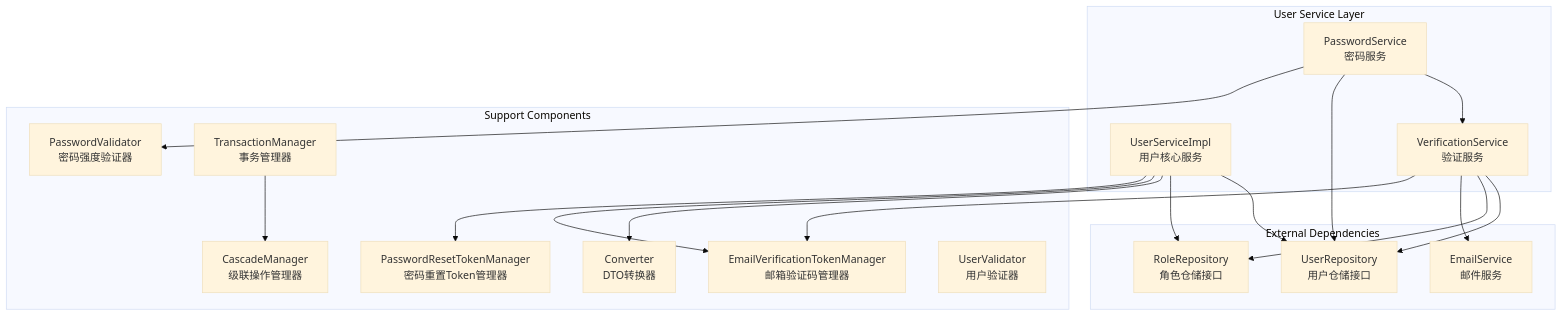
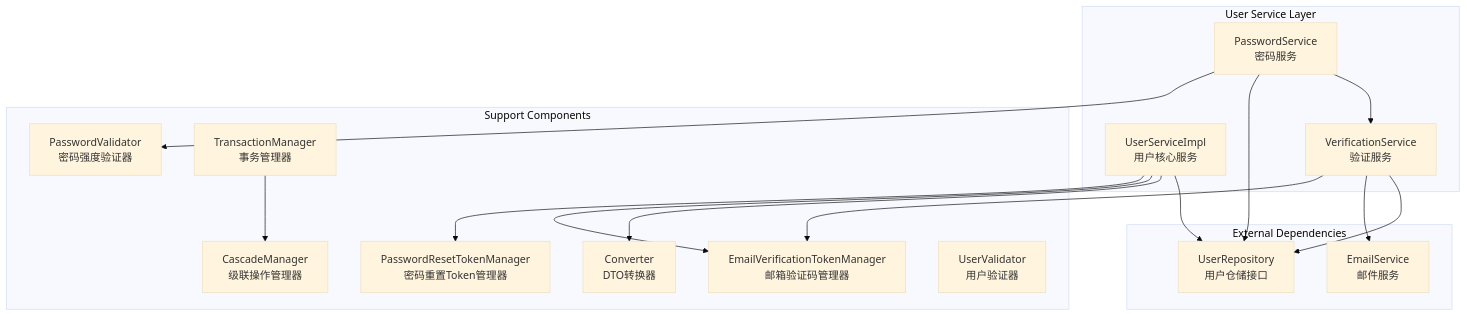
One commit to yukin371/Qingyu_backend changed the first of 4 diagrams in service/user/README.md. Above: the diagram before and after it, drawn with Mermaid (base theme). The commit also changed other lines of this file and 5 other files, not shown here.

````diff
--- a/service/user/README.md
+++ b/service/user/README.md
@@ -9,45 +9,42 @@
 ```mermaid
 graph TB
     subgraph "User Service Layer"
         UserService["UserServiceImpl<br/>用户核心服务"]
         PasswordService["PasswordService<br/>密码服务"]
         VerificationService["VerificationService<br/>验证服务"]
     end
 
     subgraph "Support Components"
         PasswordValidator["PasswordValidator<br/>密码强度验证器"]
         EmailTokenManager["EmailVerificationTokenManager<br/>邮箱验证码管理器"]
         PasswordResetManager["PasswordResetTokenManager<br/>密码重置Token管理器"]
         TransactionManager["TransactionManager<br/>事务管理器"]
         CascadeManager["CascadeManager<br/>级联操作管理器"]
         Converter["Converter<br/>DTO转换器"]
         UserValidator["UserValidator<br/>用户验证器"]
     end
 
     subgraph "External Dependencies"
         UserRepository["UserRepository<br/>用户仓储接口"]
-        RoleRepository["RoleRepository<br/>角色仓储接口"]
         EmailService["EmailService<br/>邮件服务"]
     end
 
     %% UserService 依赖
     UserService --> UserRepository
-    UserService --> RoleRepository
     UserService --> Converter
     UserService --> EmailTokenManager
     UserService --> PasswordResetManager
 
     %% PasswordService 依赖
     PasswordService --> VerificationService
     PasswordService --> UserRepository
     PasswordService --> PasswordValidator
 
     %% VerificationService 依赖
     VerificationService --> UserRepository
-    VerificationService --> RoleRepository
     VerificationService --> EmailService
     VerificationService --> EmailTokenManager
 
     %% 事务管理
     TransactionManager --> CascadeManager
 ```
````
